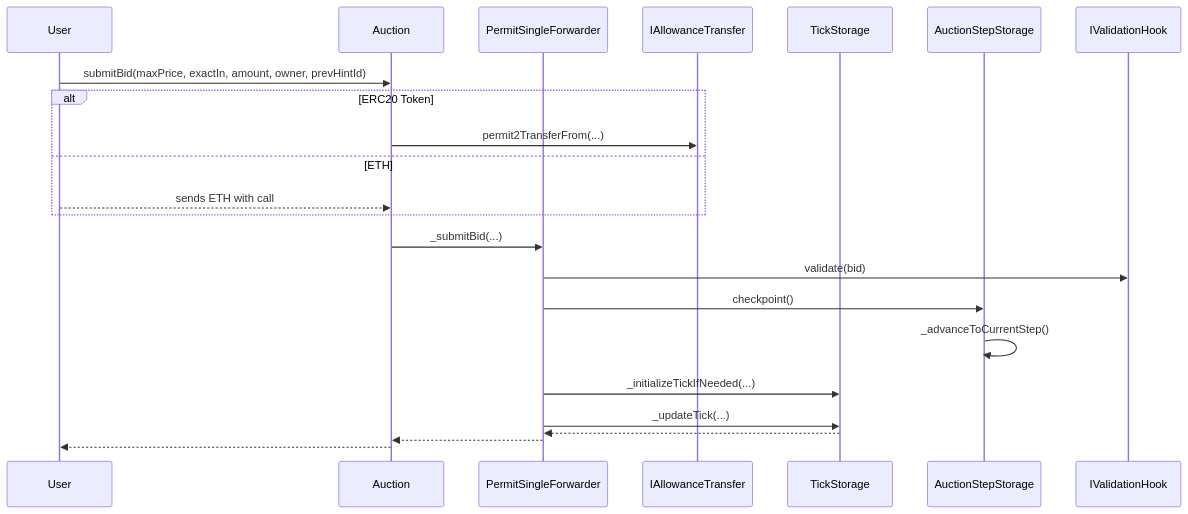
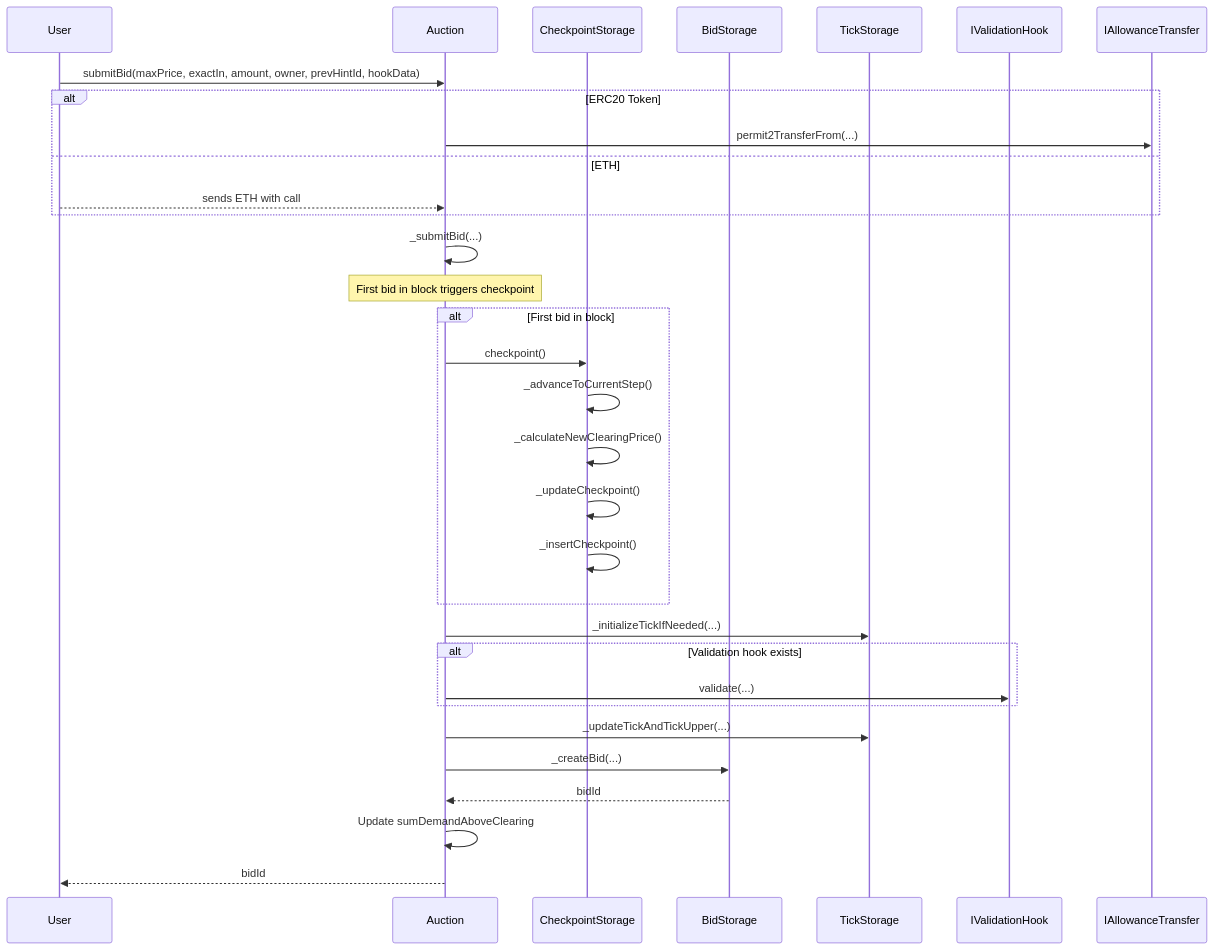
Before and after one commit to Uniswap/continuous-clearing-auction: the fourth of 11 diagrams in README.md, drawn with Mermaid. The commit also changed other lines of this file, not shown here.

Commit message:
Add diagrams to readme

````diff
--- a/README.md
+++ b/README.md
@@ -116,26 +163,35 @@
 ```mermaid
 sequenceDiagram
     participant User
     participant Auction
-    participant PermitSingleForwarder
+    participant CheckpointStorage
+    participant BidStorage
+    participant TickStorage
+    participant IValidationHook
     participant IAllowanceTransfer
-    participant TickStorage
-    participant AuctionStepStorage
-    participant IValidationHook
 
-    User->>Auction: submitBid(maxPrice, exactIn, amount, owner, prevHintId)
+    User->>Auction: submitBid(maxPrice, exactIn, amount, owner, prevHintId, hookData)
     alt ERC20 Token
         Auction->>IAllowanceTransfer: permit2TransferFrom(...)
     else ETH
         User-->>Auction: sends ETH with call
     end
-    Auction->>PermitSingleForwarder: _submitBid(...)
-    PermitSingleForwarder->>IValidationHook: validate(bid)
-    PermitSingleForwarder->>AuctionStepStorage: checkpoint()
-    AuctionStepStorage->>AuctionStepStorage: _advanceToCurrentStep()
-    PermitSingleForwarder->>TickStorage: _initializeTickIfNeeded(...)
-    PermitSingleForwarder->>TickStorage: _updateTick(...)
-    TickStorage-->>PermitSingleForwarder:
-    PermitSingleForwarder-->>Auction:
-    Auction-->>User:
+    Auction->>Auction: _submitBid(...)
+    Note over Auction: First bid in block triggers checkpoint
+    alt First bid in block
+        Auction->>CheckpointStorage: checkpoint()
+        CheckpointStorage->>CheckpointStorage: _advanceToCurrentStep()
+        CheckpointStorage->>CheckpointStorage: _calculateNewClearingPrice()
+        CheckpointStorage->>CheckpointStorage: _updateCheckpoint()
+        CheckpointStorage->>CheckpointStorage: _insertCheckpoint()
+    end
+    Auction->>TickStorage: _initializeTickIfNeeded(...)
+    alt Validation hook exists
+        Auction->>IValidationHook: validate(...)
+    end
+    Auction->>TickStorage: _updateTickAndTickUpper(...)
+    Auction->>BidStorage: _createBid(...)
+    BidStorage-->>Auction: bidId
+    Auction->>Auction: Update sumDemandAboveClearing
+    Auction-->>User: bidId
 ```
````
